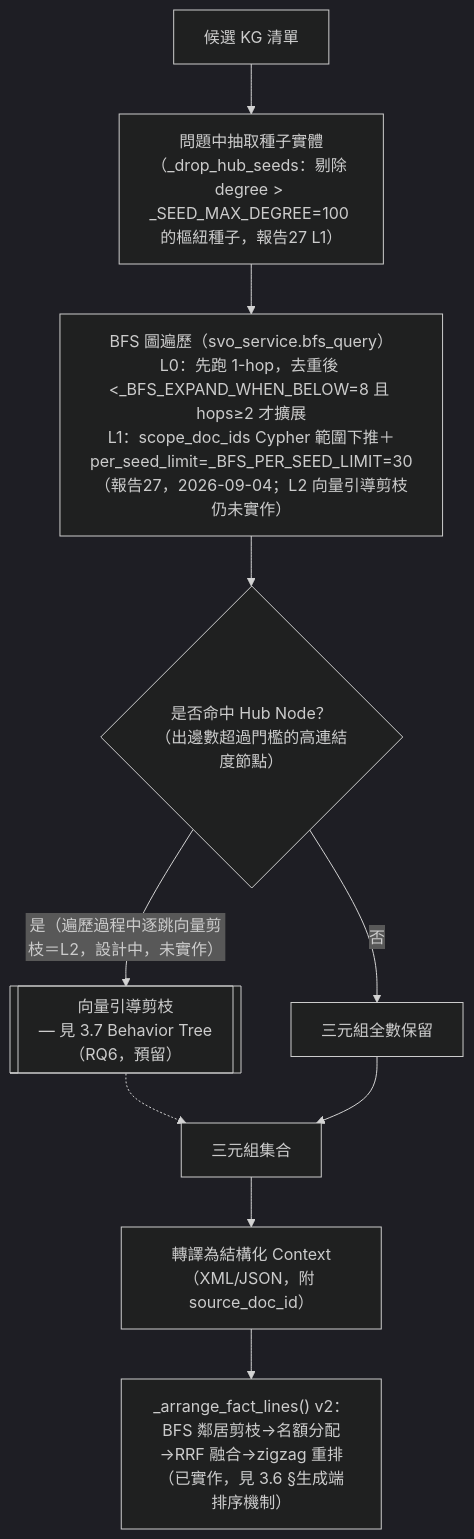
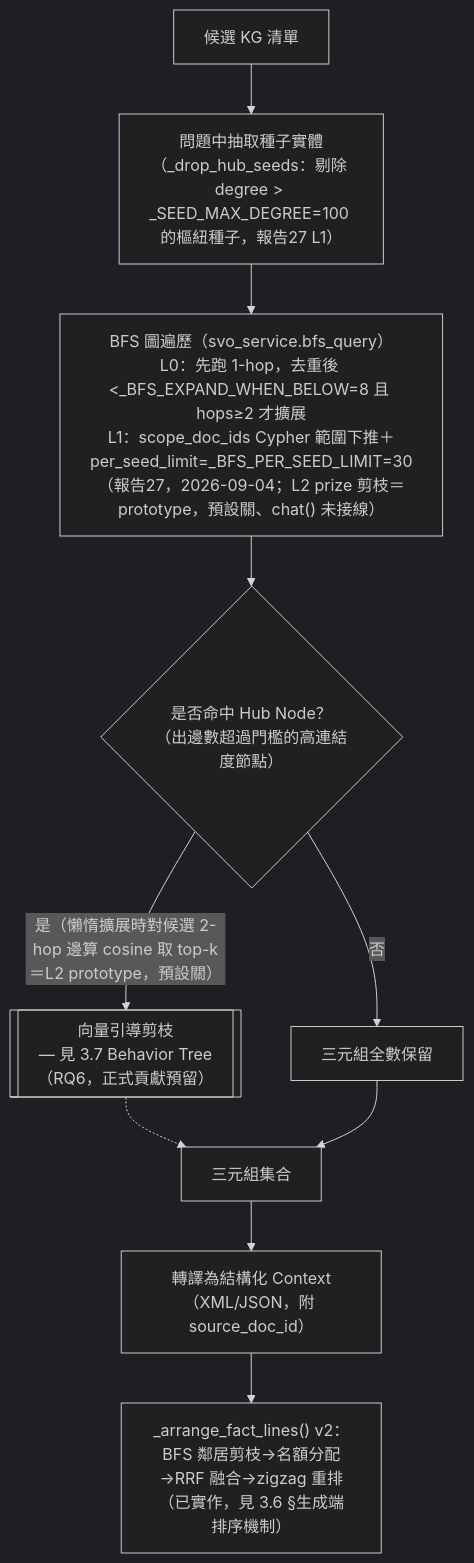
Diagram 12 of 18 in docs/論文/03_系統設計與方法論.md (Chester930/world-knowledge-graph-rag), drawn with Mermaid (dark theme) before and after one commit. The commit also changed other lines of this file and 1 other file, not shown here.

````diff
--- a/docs/論文/03_系統設計與方法論.md
+++ b/docs/論文/03_系統設計與方法論.md
@@ -748,12 +748,12 @@
 ```mermaid
 flowchart TD
     KGS["候選 KG 清單"] --> SEED["問題中抽取種子實體<br/>（_drop_hub_seeds：剔除 degree > _SEED_MAX_DEGREE=100 的樞紐種子，報告27 L1）"]
-    SEED --> BFS2["BFS 圖遍歷（svo_service.bfs_query）<br/>L0：先跑 1-hop，去重後 <_BFS_EXPAND_WHEN_BELOW=8 且 hops≥2 才擴展<br/>L1：scope_doc_ids Cypher 範圍下推＋per_seed_limit=_BFS_PER_SEED_LIMIT=30<br/>（報告27，2026-09-04；L2 向量引導剪枝仍未實作）"]
+    SEED --> BFS2["BFS 圖遍歷（svo_service.bfs_query）<br/>L0：先跑 1-hop，去重後 <_BFS_EXPAND_WHEN_BELOW=8 且 hops≥2 才擴展<br/>L1：scope_doc_ids Cypher 範圍下推＋per_seed_limit=_BFS_PER_SEED_LIMIT=30<br/>（報告27，2026-09-04；L2 prize 剪枝＝prototype，預設關、chat() 未接線）"]
     BFS2 --> HUB{"是否命中 Hub Node？<br/>（出邊數超過門檻的高連結度節點）"}
-    HUB -->|"是（遍歷過程中逐跳向量剪枝＝L2，設計中，未實作）"| PRUNE[["向量引導剪枝<br/>— 見 3.7 Behavior Tree（RQ6，預留）"]]
+    HUB -->|"是（懶惰擴展時對候選 2-hop 邊算 cosine 取 top-k＝L2 prototype，預設關）"| PRUNE[["向量引導剪枝<br/>— 見 3.7 Behavior Tree（RQ6，正式貢獻預留）"]]
     HUB -->|否| PASS["三元組全數保留"]
     PRUNE -.-> TRIPLES["三元組集合"]
     PASS --> TRIPLES
     TRIPLES --> CTX["轉譯為結構化 Context<br/>（XML/JSON，附 source_doc_id）"]
     CTX --> SORT["_arrange_fact_lines() v2：BFS 鄰居剪枝→名額分配<br/>→RRF 融合→zigzag 重排（已實作，見 3.6 §生成端排序機制）"]
 ```
````
